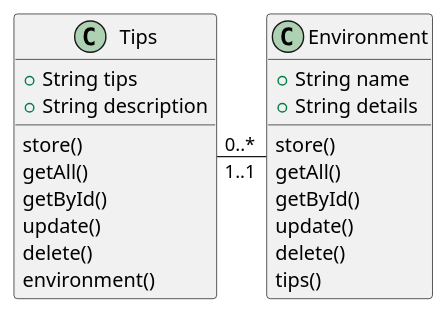
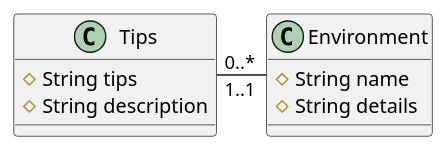
The diagram in docs/diagrams/memo-cmd.puml (mathieu-bonhommeau/memo_backend), drawn with PlantUML before and after one commit. The commit also changed 11 other files, not shown here.

```diff
--- a/docs/diagrams/memo-cmd.puml
+++ b/docs/diagrams/memo-cmd.puml
@@ -1,27 +1,15 @@
 @startuml
 
 class Tips {
-    + String tips
-    + String description
-    store()
-    getAll()
-    getById()
-    update()
-    delete()
-    environment()
+    # String tips
+    # String description
 }
 
 class Environment {
-    + String name
-    + String details
-    store()
-    getAll()
-    getById()
-    update()
-    delete()
-    tips()
+    # String name
+    # String details
 }
 
 Tips "0..*" - "1..1" Environment
 
 @enduml
```
